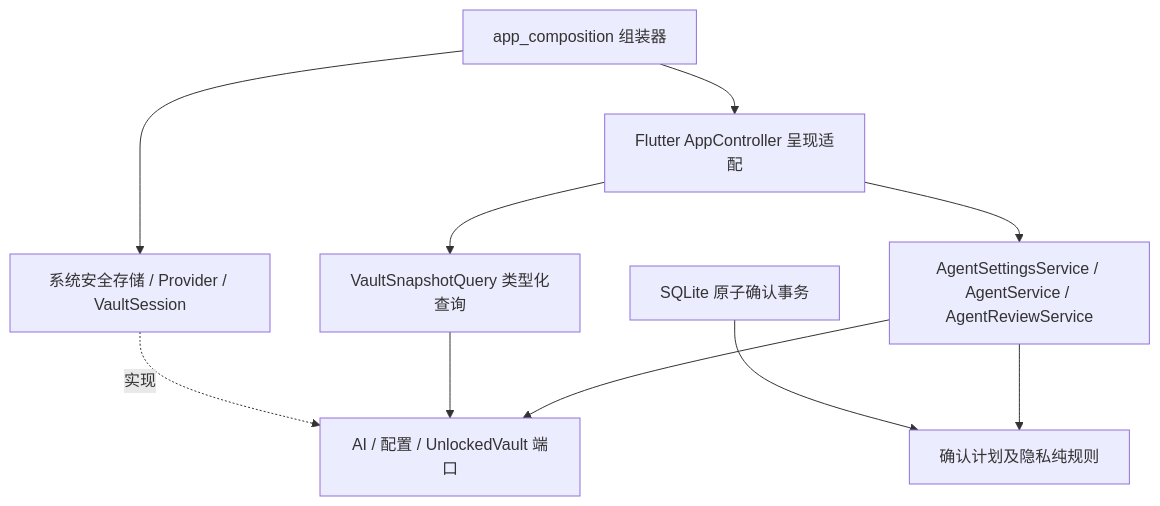
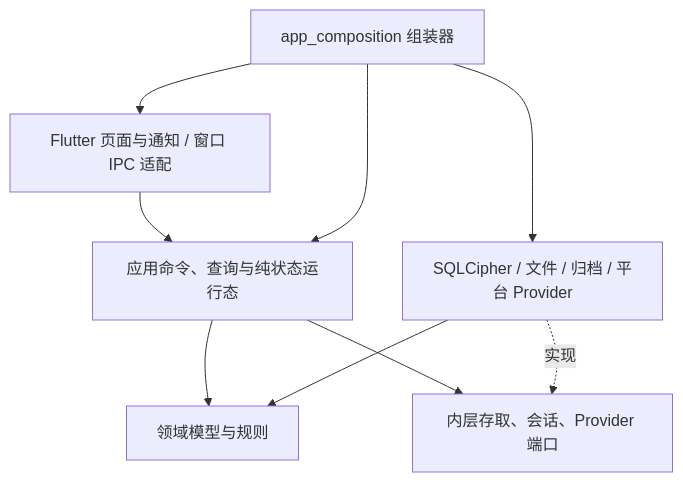
One commit to BA2F/LiveRelay changed the diagram in docs/30_design/platform/00_应用实现架构总览.md. Above: the diagram before and after it, drawn with Mermaid. The commit also changed other lines of this file and 42 other files, not shown here.

Commit message:
docs: record completed architecture slices and final native build evidence

````diff
--- a/docs/30_design/platform/00_应用实现架构总览.md
+++ b/docs/30_design/platform/00_应用实现架构总览.md
@@ -38,12 +40,11 @@
 ```mermaid
 flowchart TD
-  C[Flutter AppController 呈现适配] --> A[AgentSettingsService / AgentService / AgentReviewService]
-  C --> Q[VaultSnapshotQuery 类型化查询]
-  A --> P[AI / 配置 / UnlockedVault 端口]
-  Q --> P
-  S[app_composition 组装器] --> C
-  S --> I[系统安全存储 / Provider / VaultSession]
-  I -. 实现 .-> P
-  A --> D[确认计划及隐私纯规则]
-  DB[SQLite 原子确认事务] --> D
+  UI[Flutter 页面与通知 / 窗口 IPC 适配] --> APP[应用命令、查询与纯状态运行态]
+  APP --> DOMAIN[领域模型与规则]
+  APP --> PORT[内层存取、会话、Provider 端口]
+  INFRA[SQLCipher / 文件 / 归档 / 平台 Provider] -. 实现 .-> PORT
+  INFRA --> DOMAIN
+  ROOT[app_composition 组装器] --> APP
+  ROOT --> INFRA
+  ROOT --> UI
 ```
````
